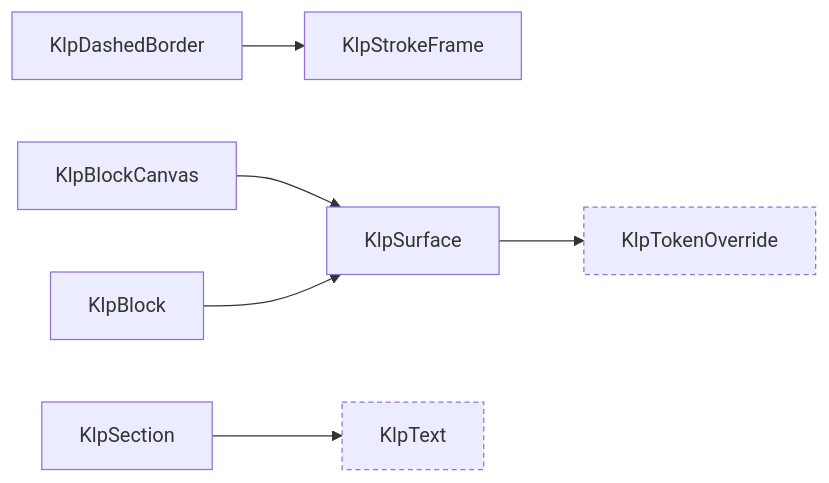
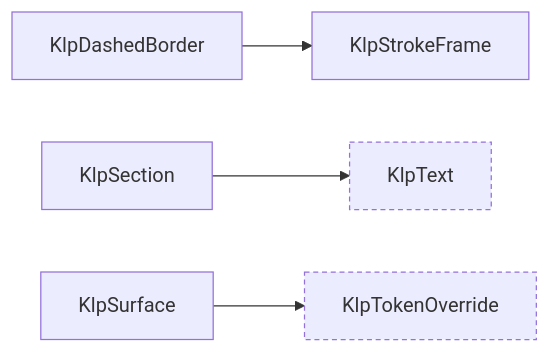
The fourth of 16 diagrams in spec/component-inventory.md (MiuDog/Kallopis), drawn with Mermaid before and after one commit. The commit also changed other lines of this file and 88 other files, not shown here.

````diff
--- a/spec/component-inventory.md
+++ b/spec/component-inventory.md
@@ -237,17 +235,13 @@
 ```mermaid
 graph LR
-  KlpBlock["KlpBlock"]
-  KlpBlockCanvas["KlpBlockCanvas"]
   KlpDashedBorder["KlpDashedBorder"]
   KlpSection["KlpSection"]
   KlpStrokeFrame["KlpStrokeFrame"]
   KlpSurface["KlpSurface"]
   KlpText["KlpText"]:::external
   KlpTokenOverride["KlpTokenOverride"]:::external
-  KlpBlockCanvas --> KlpSurface
-  KlpBlock --> KlpSurface
   KlpDashedBorder --> KlpStrokeFrame
   KlpSection --> KlpText
   KlpSurface --> KlpTokenOverride
   classDef external stroke-dasharray: 4 3;
 ```
````
